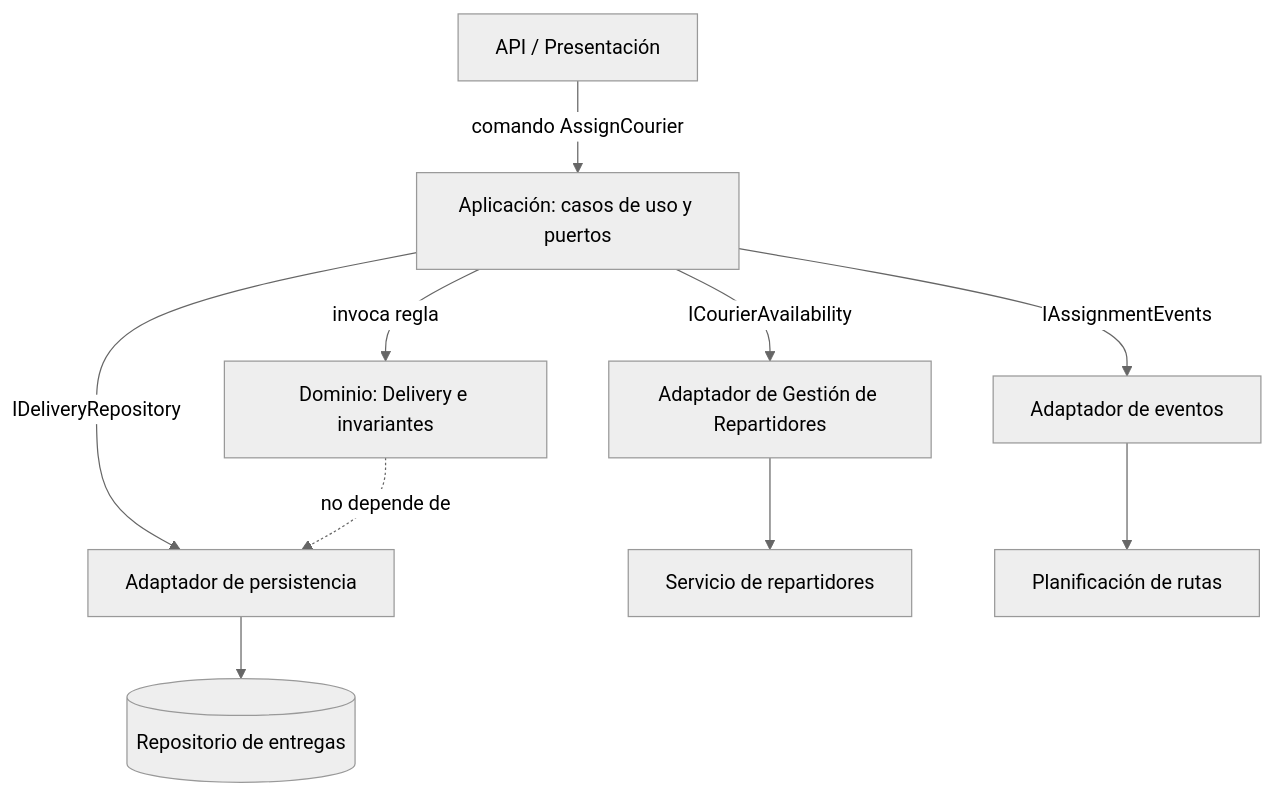
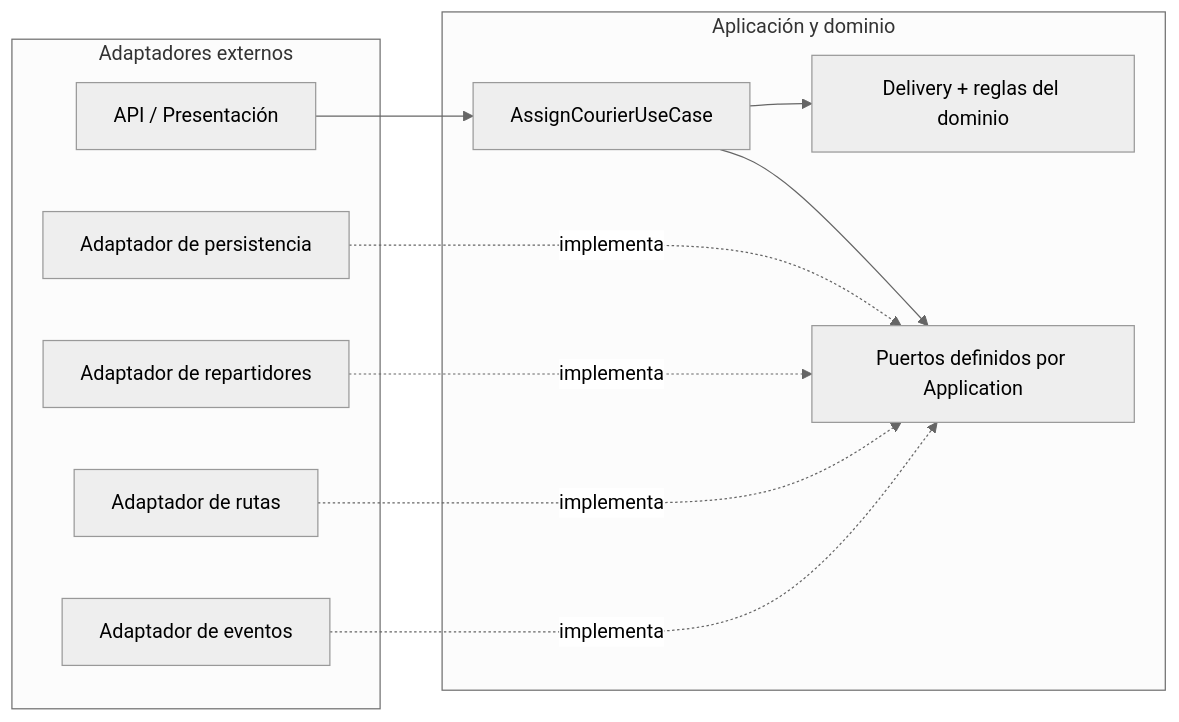
The second of 2 diagrams in Architecture.md (santy8151/actividad-3-dominio-ultima-milla), drawn with Mermaid (neutral theme) before and after one commit. The commit also changed other lines of this file and 14 other files, not shown here.

Commit message:
Reshape deliverable and adopt onion architecture

````diff
--- a/Architecture.md
+++ b/Architecture.md
@@ -23,12 +44,22 @@
 ```mermaid
-flowchart TB
-  API[API / Presentación] -->|comando AssignCourier| App[Aplicación: casos de uso y puertos]
-  App -->|invoca regla| Domain[Dominio: Delivery e invariantes]
-  App -->|IDeliveryRepository| Repo[Adaptador de persistencia]
-  App -->|ICourierAvailability| Availability[Adaptador de Gestión de Repartidores]
-  App -->|IAssignmentEvents| Events[Adaptador de eventos]
-  Repo --> DB[(Repositorio de entregas)]
-  Availability --> CourierSvc[Servicio de repartidores]
-  Events --> RouteSvc[Planificación de rutas]
-  Domain -.->|no depende de| Repo
+flowchart LR
+  subgraph Outside[Adaptadores externos]
+    API[API / Presentación]
+    DB[Adaptador de persistencia]
+    CourierAdapter[Adaptador de repartidores]
+    RouteAdapter[Adaptador de rutas]
+    EventAdapter[Adaptador de eventos]
+  end
+  subgraph Inside[Aplicación y dominio]
+    UseCase[AssignCourierUseCase]
+    Ports[Puertos definidos por Application]
+    Domain[Delivery + reglas del dominio]
+  end
+  API --> UseCase
+  UseCase --> Domain
+  UseCase --> Ports
+  DB -. implementa .-> Ports
+  CourierAdapter -. implementa .-> Ports
+  RouteAdapter -. implementa .-> Ports
+  EventAdapter -. implementa .-> Ports
 ```
````
